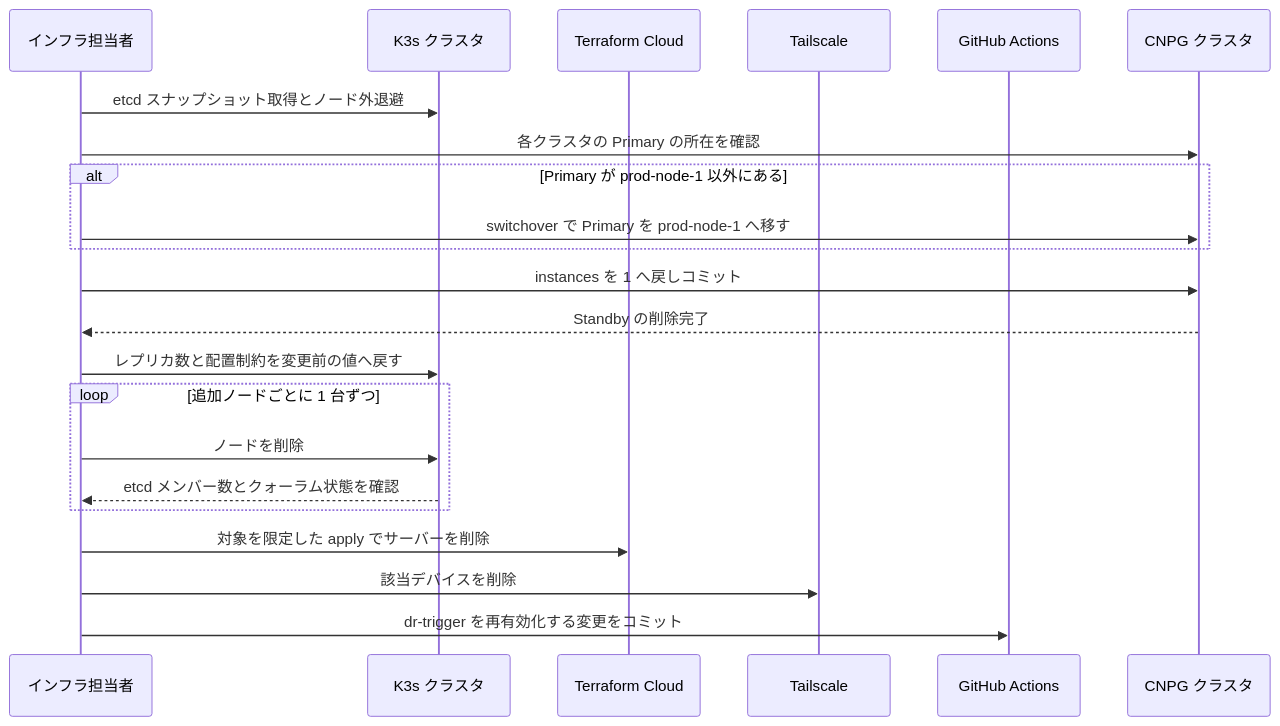
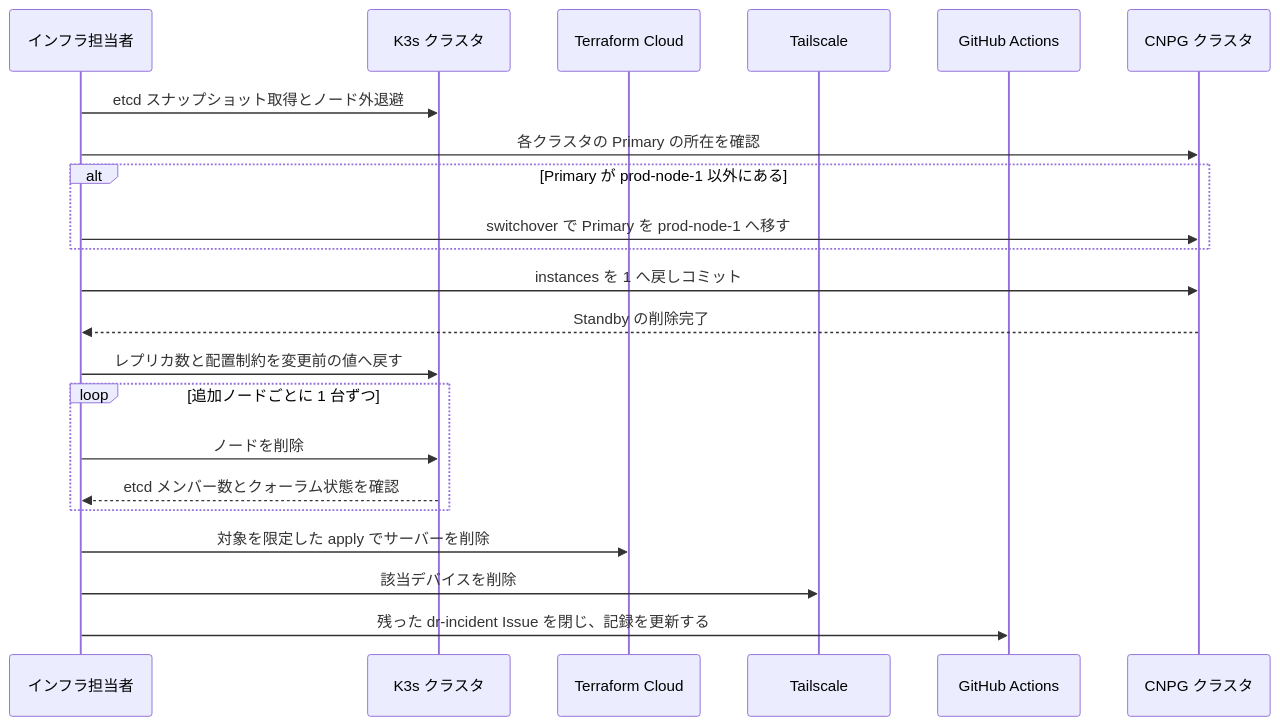
The fourth of 5 diagrams in .kiro/specs/festival-peak-scaleout/design.md (aramakisai/aramakisai-infra), drawn with Mermaid before and after one commit. The commit also changed other lines of this file and 13 other files, not shown here.

````diff
--- a/.kiro/specs/festival-peak-scaleout/design.md
+++ b/.kiro/specs/festival-peak-scaleout/design.md
@@ -251,26 +250,26 @@
 ```mermaid
 sequenceDiagram
     participant Ops as インフラ担当者
     participant K3s as K3s クラスタ
     participant TFC as Terraform Cloud
     participant TS as Tailscale
     participant GH as GitHub Actions
 
     participant CNPG as CNPG クラスタ
 
     Ops->>K3s: etcd スナップショット取得とノード外退避
     Ops->>CNPG: 各クラスタの Primary の所在を確認
     alt Primary が prod-node-1 以外にある
         Ops->>CNPG: switchover で Primary を prod-node-1 へ移す
     end
     Ops->>CNPG: instances を 1 へ戻しコミット
     CNPG-->>Ops: Standby の削除完了
     Ops->>K3s: レプリカ数と配置制約を変更前の値へ戻す
     loop 追加ノードごとに 1 台ずつ
         Ops->>K3s: ノードを削除
         K3s-->>Ops: etcd メンバー数とクォーラム状態を確認
     end
     Ops->>TFC: 対象を限定した apply でサーバーを削除
     Ops->>TS: 該当デバイスを削除
-    Ops->>GH: dr-trigger を再有効化する変更をコミット
+    Ops->>GH: 残った dr-incident Issue を閉じ、記録を更新する
 ```
````
